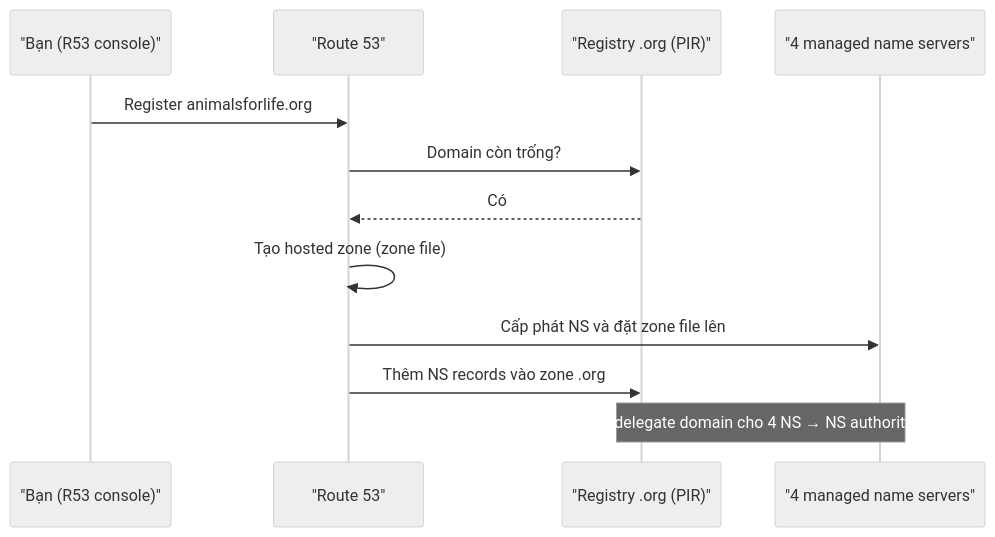
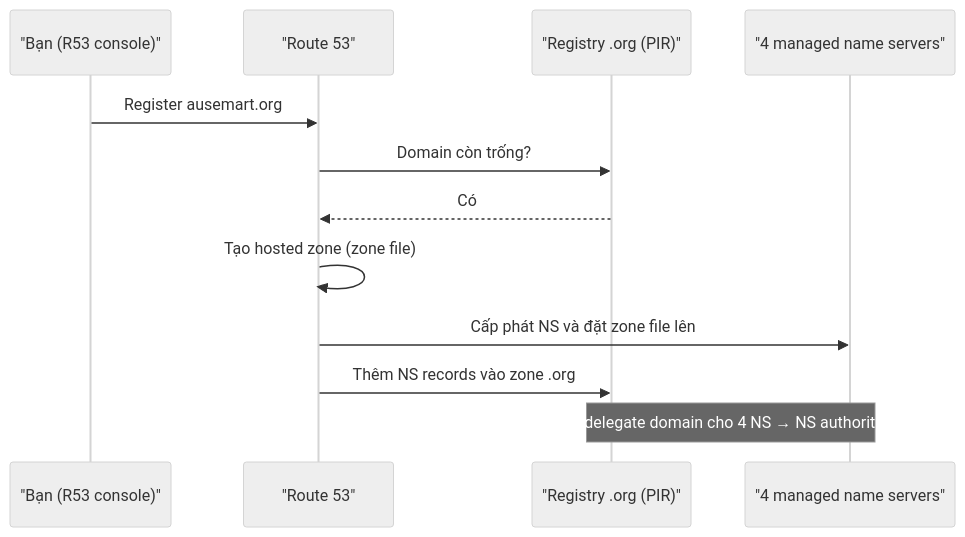
The diagram in data/03 AWS Fundamentals/Route 53 Fundamentals.md (hairbui76/aws-saa-c03), drawn with Mermaid (neutral theme) before and after one commit. The commit also changed other lines of this file and 32 other files, not shown here.

````diff
--- a/data/03 AWS Fundamentals/Route 53 Fundamentals.md
+++ b/data/03 AWS Fundamentals/Route 53 Fundamentals.md
@@ -35,14 +36,14 @@
 ```mermaid
 sequenceDiagram
     participant U as "Bạn (R53 console)"
     participant R53 as "Route 53"
     participant REG as "Registry .org (PIR)"
     participant NS as "4 managed name servers"
-    U->>R53: Register animalsforlife.org
+    U->>R53: Register ausemart.org
     R53->>REG: Domain còn trống?
     REG-->>R53: Có
     R53->>R53: Tạo hosted zone (zone file)
     R53->>NS: Cấp phát NS và đặt zone file lên
     R53->>REG: Thêm NS records vào zone .org
     Note over REG,NS: .org delegate domain cho 4 NS → NS authoritative
 ```
````
